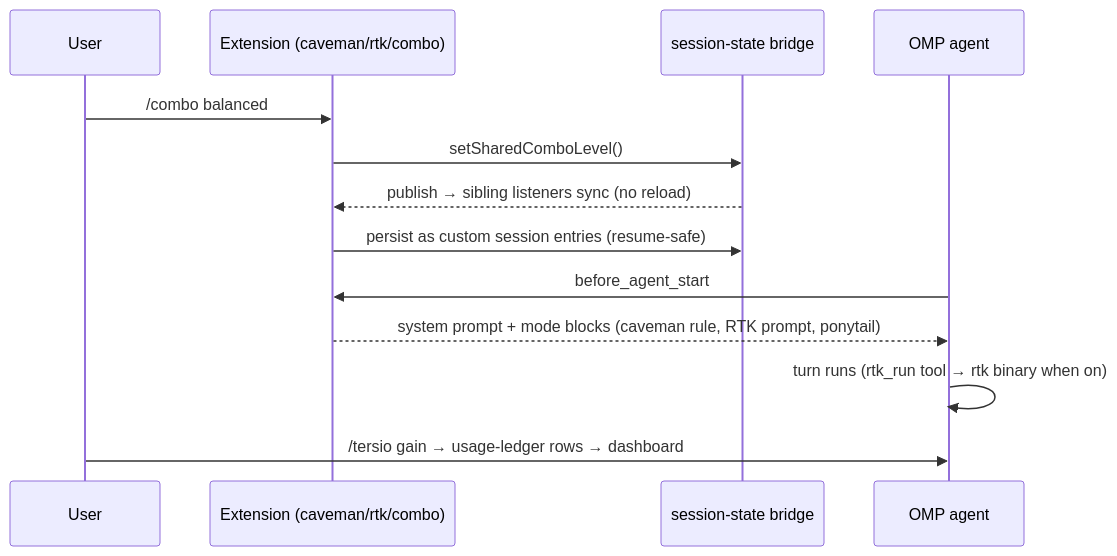
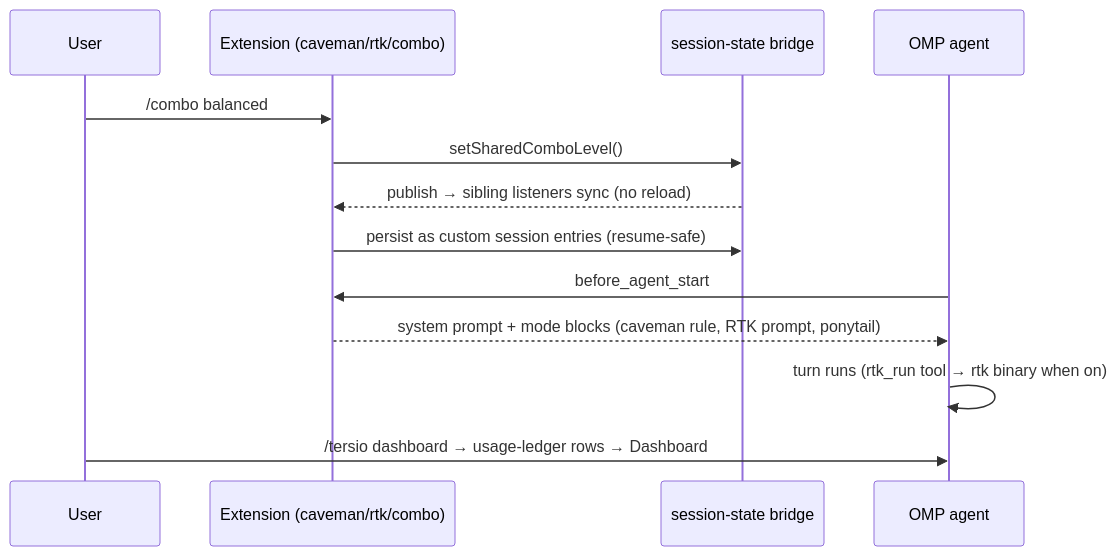
Before and after one commit to KurutoDenzeru/tersio: the second of 2 diagrams in ARCHITECTURE.md, drawn with Mermaid. The commit also changed other lines of this file and 126 other files, not shown here.

````diff
--- a/ARCHITECTURE.md
+++ b/ARCHITECTURE.md
@@ -46,15 +48,15 @@
 ```mermaid
 sequenceDiagram
   participant U as User
   participant X as Extension (caveman/rtk/combo)
   participant B as session-state bridge
   participant A as OMP agent
   U->>X: /combo balanced
   X->>B: setSharedComboLevel()
   B-->>X: publish → sibling listeners sync (no reload)
   X->>B: persist as custom session entries (resume-safe)
   A->>X: before_agent_start
   X-->>A: system prompt + mode blocks (caveman rule, RTK prompt, ponytail)
   A->>A: turn runs (rtk_run tool → rtk binary when on)
-  U->>A: /tersio gain → usage-ledger rows → dashboard
+  U->>A: /tersio dashboard → usage-ledger rows → Dashboard
 ```
````
